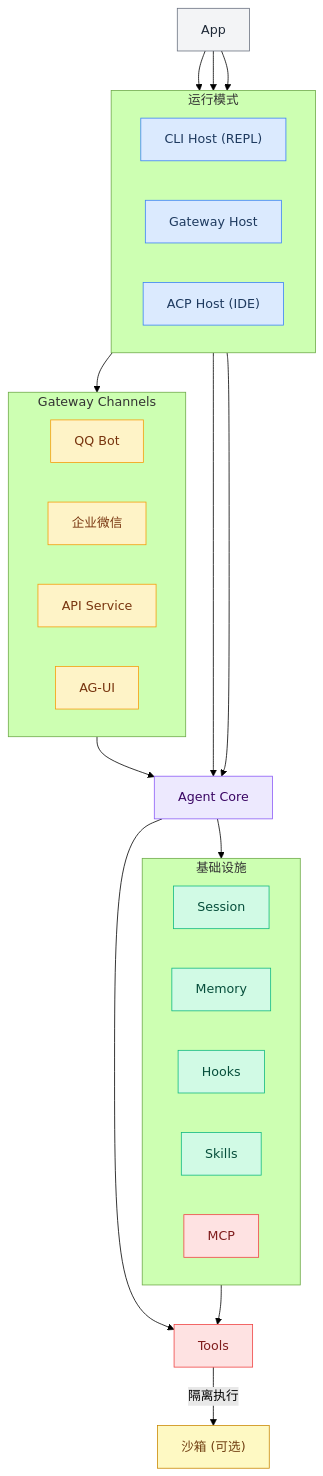
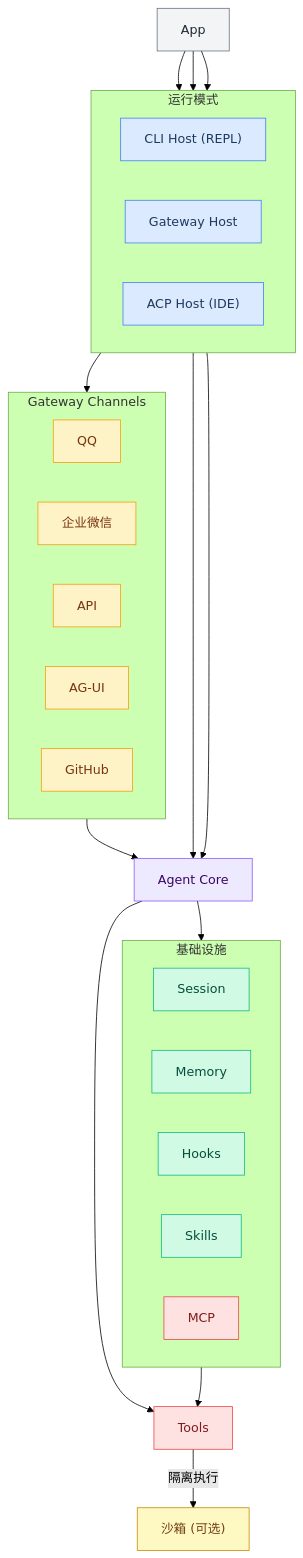
Before and after one commit to DotCraftDev/dotcraft: the first of 2 diagrams in README_ZH.md, drawn with Mermaid (forest theme). The commit also changed other lines of this file and 37 other files, not shown here.

````diff
--- a/README_ZH.md
+++ b/README_ZH.md
@@ -38,77 +38,78 @@
 ```mermaid
 flowchart TB
     App["App"]
 
     subgraph hosts [运行模式]
         direction LR
         CliHost["CLI Host (REPL)"]
         GatewayHost["Gateway Host"]
         AcpHost["ACP Host (IDE)"]
     end
 
     subgraph modules [Gateway Channels]
         direction LR
-        QQModule["QQ Bot"]
+        QQModule["QQ"]
         WeComModule["企业微信"]
-        ApiModule["API Service"]
+        ApiModule["API"]
         AGUIModule["AG-UI"]
+        GitHubModule["GitHub"]
     end
 
     AgentCore["Agent Core"]
     Tools["Tools"]
     Sandbox["沙箱 (可选)"]
 
     subgraph infra [基础设施]
         direction LR
         Session["Session"]
         Memory["Memory"]
         Hooks["Hooks"]
         Skills["Skills"]
         MCP["MCP"]
     end
 
     App --> CliHost
     App --> GatewayHost
     App --> AcpHost
 
     CliHost --> AgentCore
     AcpHost --> AgentCore
     GatewayHost --> modules
     modules --> AgentCore
 
     AgentCore --> Tools
     AgentCore --> infra
     MCP --> Tools
     Tools -->|"隔离执行"| Sandbox
 
     classDef entryStyle fill:#f3f4f6,stroke:#6b7280,color:#1f2937
     classDef hostStyle fill:#dbeafe,stroke:#3b82f6,color:#1e3a5f
     classDef moduleStyle fill:#fef3c7,stroke:#f59e0b,color:#78350f
     classDef coreStyle fill:#ede9fe,stroke:#8b5cf6,color:#3b0764
     classDef toolStyle fill:#fee2e2,stroke:#ef4444,color:#7f1d1d
     classDef infraStyle fill:#d1fae5,stroke:#10b981,color:#064e3b
     classDef sandboxStyle fill:#fef9c3,stroke:#ca8a04,color:#713f12
 
     class App entryStyle
     class CliHost,GatewayHost,AcpHost hostStyle
     class QQModule,WeComModule,ApiModule,AGUIModule moduleStyle
     class AgentCore coreStyle
     class Tools toolStyle
     class Session,Memory,Hooks,Skills,Config infraStyle
     class Sandbox sandboxStyle
 
     classDef hostStyle fill:#dbeafe,stroke:#3b82f6,color:#1e3a5f
     classDef moduleStyle fill:#fef3c7,stroke:#f59e0b,color:#78350f
     classDef coreStyle fill:#ede9fe,stroke:#8b5cf6,color:#3b0764
     classDef toolStyle fill:#fee2e2,stroke:#ef4444,color:#7f1d1d
     classDef infraStyle fill:#d1fae5,stroke:#10b981,color:#064e3b
     classDef sandboxStyle fill:#fef9c3,stroke:#ca8a04,color:#713f12
 
     class Program,HostBuilder entryStyle
     class CliHost,GatewayHost,AcpHost hostStyle
-    class QQModule,WeComModule,ApiModule,AcpModule moduleStyle
+    class QQModule,WeComModule,ApiModule,AcpModule,GitHubModule moduleStyle
     class AgentFactory,AgentRunner,SessionGate,MessageRouter coreStyle
     class CoreTools,SubAgent,MCP,ChannelTools toolStyle
     class SessionStore,MemoryStore,Hooks,Skills,Config infraStyle
     class OpenSandbox sandboxStyle
 ```
````
